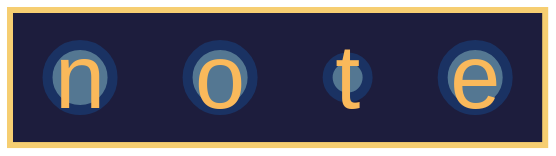
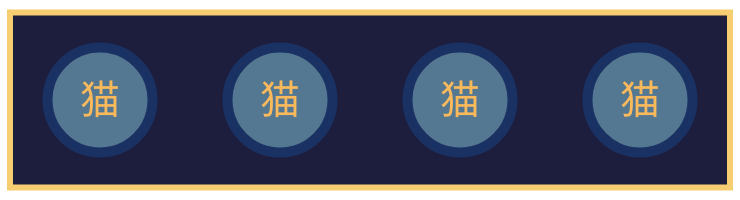
The fourth of 5 diagrams in name4.md (nori-pon/note-text), drawn with Mermaid before and after one commit. The commit also changed other lines of this file, not shown here.

Commit message:
Replace nodes in flowchart with new characters

````diff
--- a/name4.md
+++ b/name4.md
@@ -67,29 +67,29 @@
 ```mermaid
 %%{
   init:{
     'theme':'base',
     'themeVariables': {
       'secondaryColor': '#1d1d3d',     %% 外側の四角の色
       'primaryColor': '#547792',       %% 中の丸の色
       'primaryBorderColor': '#1A3263', %% 丸の枠線
       'primaryTextColor': '#FAB95B'    %% 中の文字の色
     }
   }
 }%%
 flowchart LR
     subgraph outer [" "]
         direction LR
-        node_pi1(("n")):::hugeText
-        node_pi2(("o")):::hugeText
-        node_pi3(("t")):::hugeText
-        node_pi4(("e")):::hugeText
+        node_pi1(("猫")):::hugeText
+        node_pi2(("猫")):::hugeText
+        node_pi3(("猫")):::hugeText
+        node_pi4(("猫")):::hugeText
 
         node_pi1 ~~~ node_pi2 ~~~ node_pi3 ~~~ node_pi4
     end
 
     %% スタイルの調整
-    classDef hugeText fill:#547792,stroke:#1A3263,font-size:90px,stroke-width:10px,color:#FAB95B;
+    classDef hugeText fill:#547792,stroke:#1A3263,font-size:40px,stroke-width:10px,color:#FAB95B,min-width:50px,min-height:90px,padding:90px;
     
     %% サブグラフ
     style outer fill:#1d1d3d,stroke:#F6CE71,stroke-width:6px
 ```
````
